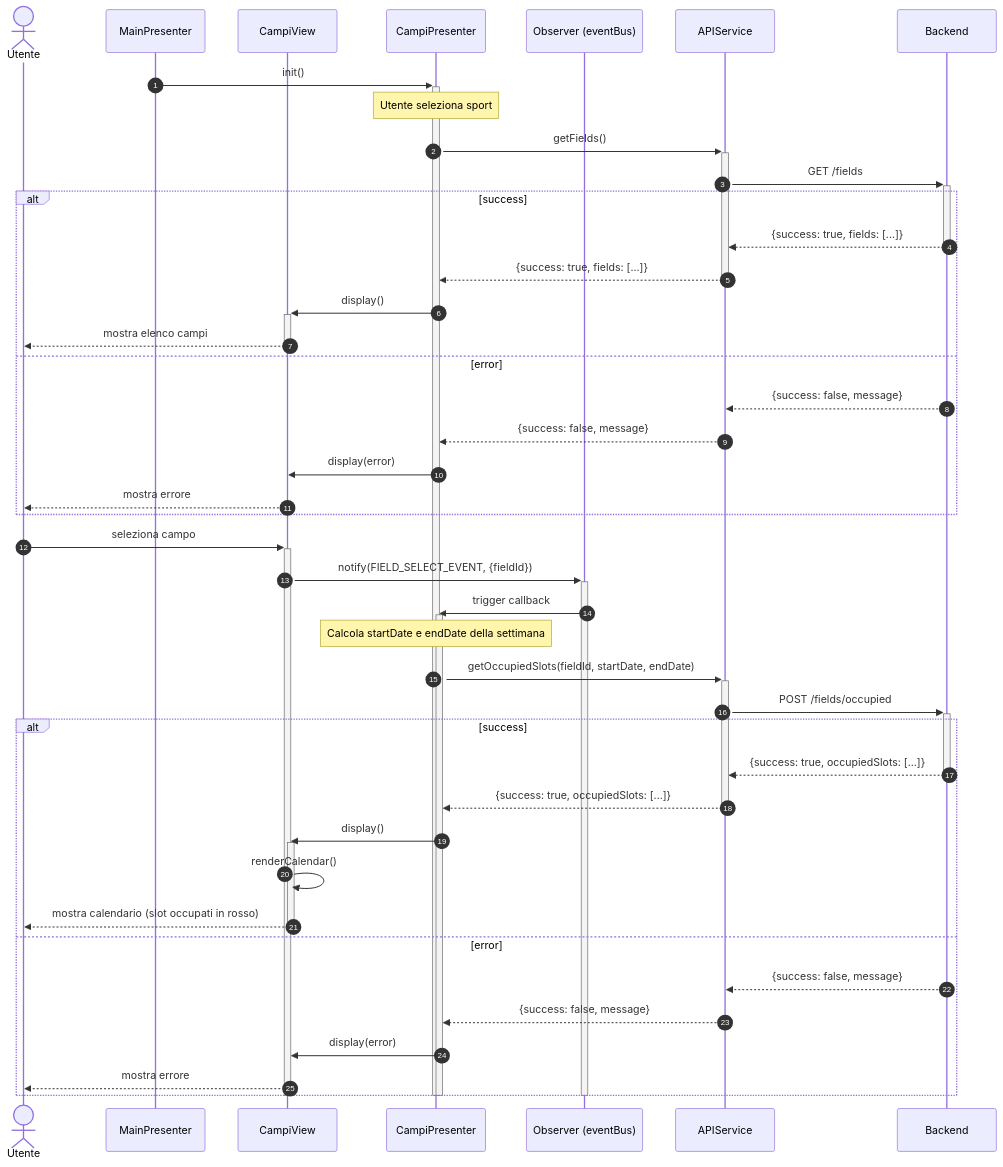
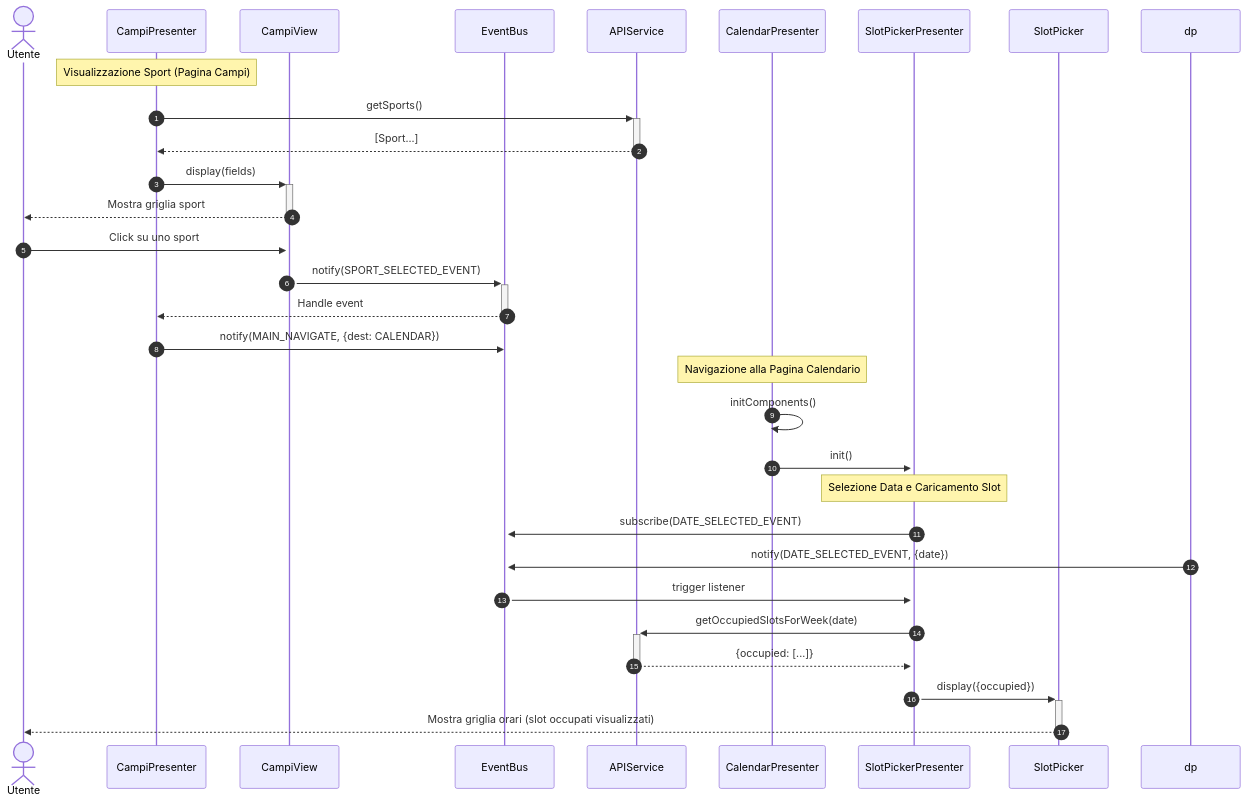
Before and after one commit to mb4dev/progetto-prova: the second of 4 diagrams in docuai/UC03.md, drawn with Mermaid. The commit also changed other lines of this file and 7 other files, not shown here.

````diff
--- a/docuai/UC03.md
+++ b/docuai/UC03.md
@@ -39,57 +46,41 @@
 ```mermaid
 sequenceDiagram
     autonumber
     
     actor user as Utente
-    participant main as MainPresenter
-    participant view as CampiView
-    participant presenter as CampiPresenter
-    participant bus as Observer (eventBus)
+    participant campiP as CampiPresenter
+    participant campiV as CampiView
+    participant bus as EventBus
     participant api as APIService
-    participant backend as Backend
+    participant calP as CalendarPresenter
+    participant slotP as SlotPickerPresenter
+    participant slotV as SlotPicker
 
-    main ->>+ presenter: init()
-    Note over presenter: Utente seleziona sport
+    Note over campiP: Visualizzazione Sport (Pagina Campi)
+    campiP ->>+ api: getSports()
+    api -->>- campiP: [Sport...]
+    campiP ->>+ campiV: display(fields)
+    campiV -->>- user: Mostra griglia sport
     
-    presenter ->>+ api: getFields()
-    api ->>+ backend: GET /fields
+    user ->>+ campiV: Click su uno sport
+    campiV ->>+ bus: notify(SPORT_SELECTED_EVENT)
+    bus -->>- campiP: Handle event
+    campiP ->> bus: notify(MAIN_NAVIGATE, {dest: CALENDAR})
     
-    alt success
-        backend -->>- api: {success: true, fields: [...]}
-        api -->>- presenter: {success: true, fields: [...]}
-        presenter ->>+ view: display()
-        view -->>- user: mostra elenco campi
-    else error
-        backend -->> api: {success: false, message}
-        api -->> presenter: {success: false, message}
-        presenter ->> view: display(error)
-        view -->> user: mostra errore
-    end
+    Note over calP: Navigazione alla Pagina Calendario
     
-    user ->>+ view: seleziona campo
-    view ->>+ bus: notify(FIELD_SELECT_EVENT, {fieldId})
-    bus ->>+ presenter: trigger callback
+    calP ->> calP: initComponents()
+    calP ->>+ slotP: init()
     
-    Note over presenter: Calcola startDate e endDate della settimana
+    Note over slotP: Selezione Data e Caricamento Slot
+    % DatePicker scatta evento data check
+    slotP ->>+ bus: subscribe(DATE_SELECTED_EVENT)
     
-    presenter ->>+ api: getOccupiedSlots(fieldId, startDate, endDate)
-    api ->>+ backend: POST /fields/occupied
+    dp ->> bus: notify(DATE_SELECTED_EVENT, {date})
+    bus ->> slotP: trigger listener
     
-    alt success
-        backend -->>- api: {success: true, occupiedSlots: [...]}
-        api -->>- presenter: {success: true, occupiedSlots: [...]}
-        presenter ->>+ view: display()
-        view ->> view: renderCalendar()
-        view -->>- user: mostra calendario (slot occupati in rosso)
-    else error
-        backend -->> api: {success: false, message}
-        api -->> presenter: {success: false, message}
-        presenter ->> view: display(error)
-        view -->> user: mostra errore
-    end
-    
-    deactivate presenter
-    deactivate bus
-    deactivate view
-    deactivate presenter
+    slotP ->>+ api: getOccupiedSlotsForWeek(date)
+    api -->>- slotP: {occupied: [...]}
+    slotP ->>+ slotV: display({occupied})
+    slotV -->>- user: Mostra griglia orari (slot occupati visualizzati)
 ```
````
